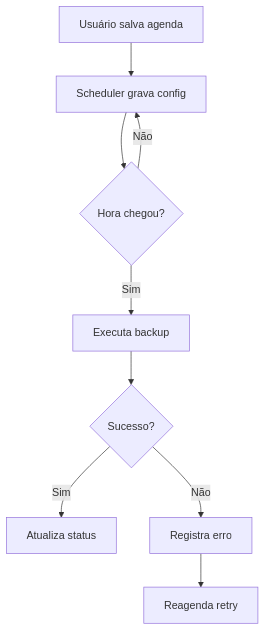
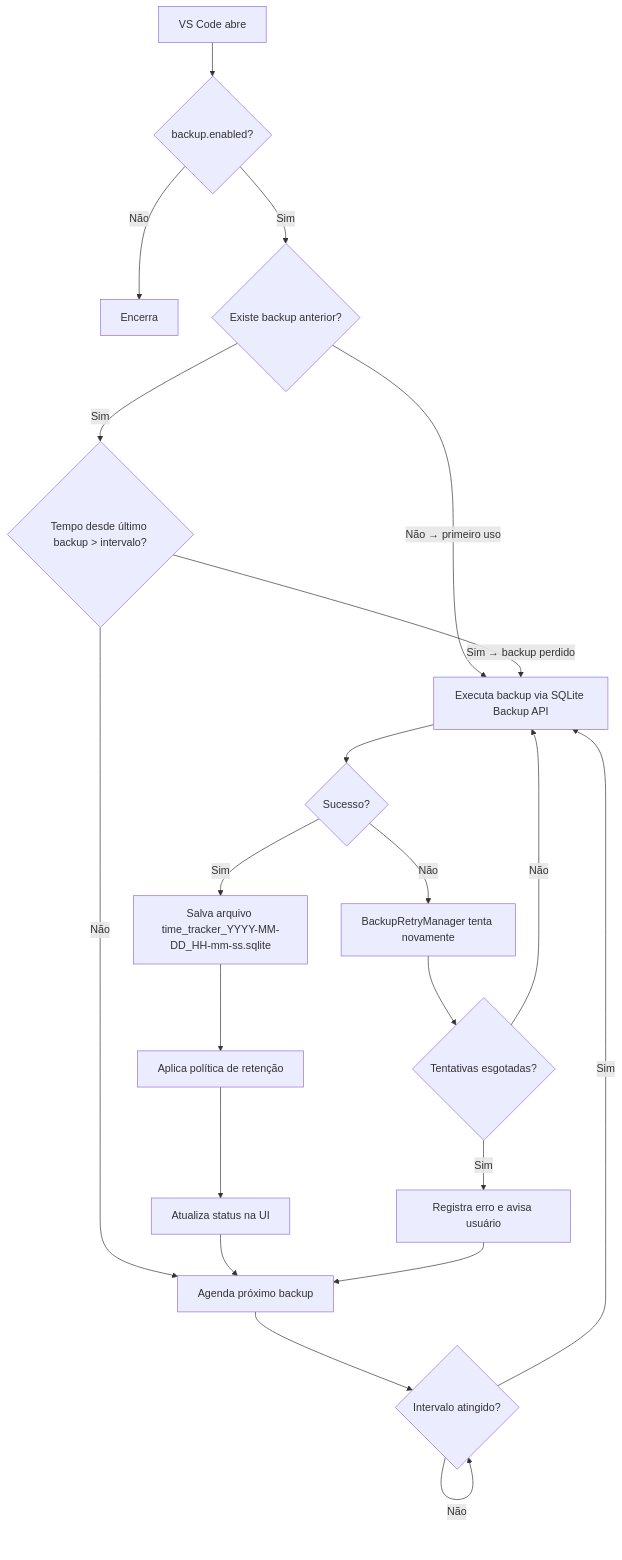
The diagram in docs/PRD_BACKUP_AUTOMATIZADO.md (beliciobcardoso/MyTimeTraceVSCode), drawn with Mermaid before and after one commit. The commit also changed other lines of this file, not shown here.

Commit message:
docs: atualiza PRD de backup automatizado com melhorias na descrição e objetivos

````diff
--- a/docs/PRD_BACKUP_AUTOMATIZADO.md
+++ b/docs/PRD_BACKUP_AUTOMATIZADO.md
@@ -85,11 +241,24 @@
 ```mermaid
 flowchart TD
-  A[Usuário salva agenda] --> B[Scheduler grava config]
-  B --> C{Hora chegou?}
-  C -- Não --> B
-  C -- Sim --> D[Executa backup]
-  D --> E{Sucesso?}
-  E -- Sim --> F[Atualiza status]
-  E -- Não --> G[Registra erro]
-  G --> H[Reagenda retry]
+  A[VS Code abre] --> B{backup.enabled?}
+  B -- Não --> Z[Encerra]
+  B -- Sim --> C{Existe backup anterior?}
+  C -- Não → primeiro uso --> E
+  C -- Sim --> D{Tempo desde último backup > intervalo?}
+  D -- Sim → backup perdido --> E
+  D -- Não --> F[Agenda próximo backup]
+  F --> G{Intervalo atingido?}
+  G -- Não --> G
+  G -- Sim --> E
+  E[Executa backup via SQLite Backup API]
+  E --> H{Sucesso?}
+  H -- Sim --> I[Salva arquivo time_tracker_YYYY-MM-DD_HH-mm-ss.sqlite]
+  I --> J[Aplica política de retenção]
+  J --> K[Atualiza status na UI]
+  K --> F
+  H -- Não --> L[BackupRetryManager tenta novamente]
+  L --> M{Tentativas esgotadas?}
+  M -- Não --> E
+  M -- Sim --> N[Registra erro e avisa usuário]
+  N --> F
 ```
````
